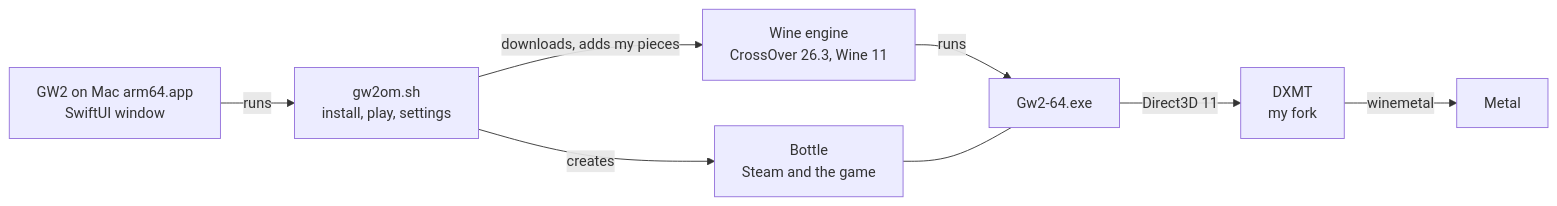
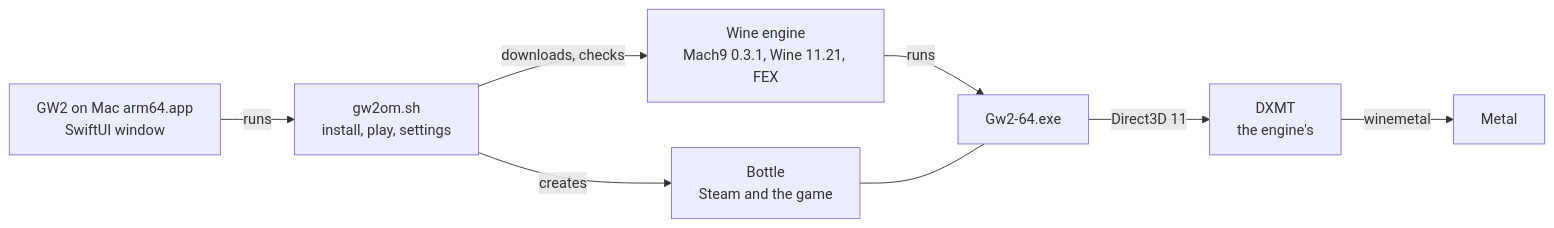
One commit to jdrly/gw2-on-mac changed the first of 3 diagrams in README.md. Above: the diagram before and after it, drawn with Mermaid. The commit also changed other lines of this file and 15 other files, not shown here.

````diff
--- a/README.md
+++ b/README.md
@@ -315,10 +313,10 @@
 ```mermaid
 flowchart LR
     app["GW2 on Mac arm64.app<br/>SwiftUI window"] -->|"runs"| sh["gw2om.sh<br/>install, play, settings"]
-    sh -->|"downloads, adds my pieces"| engine["Wine engine<br/>CrossOver 26.3, Wine 11"]
+    sh -->|"downloads, checks"| engine["Wine engine<br/>Mach9 0.3.1, Wine 11.21, FEX"]
     sh -->|"creates"| bottle["Bottle<br/>Steam and the game"]
     engine -->|"runs"| game["Gw2-64.exe"]
     bottle --- game
-    game -->|"Direct3D 11"| dxmt["DXMT<br/>my fork"]
+    game -->|"Direct3D 11"| dxmt["DXMT<br/>the engine's"]
     dxmt -->|"winemetal"| metal["Metal"]
 ```
````
